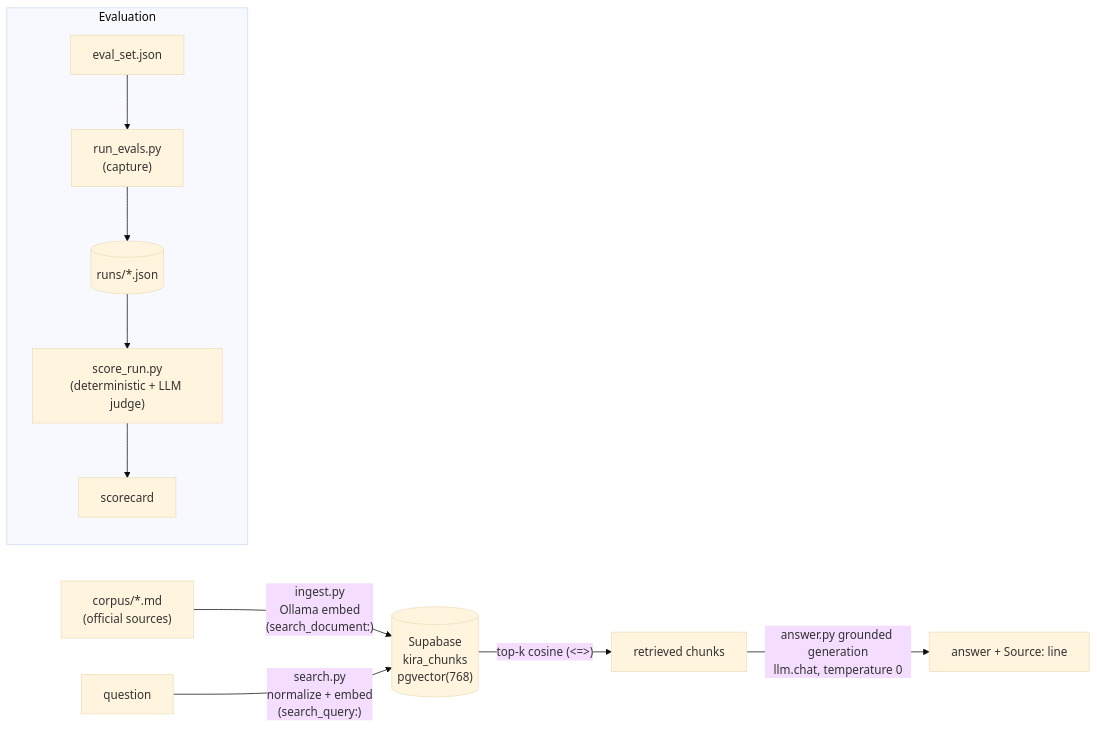
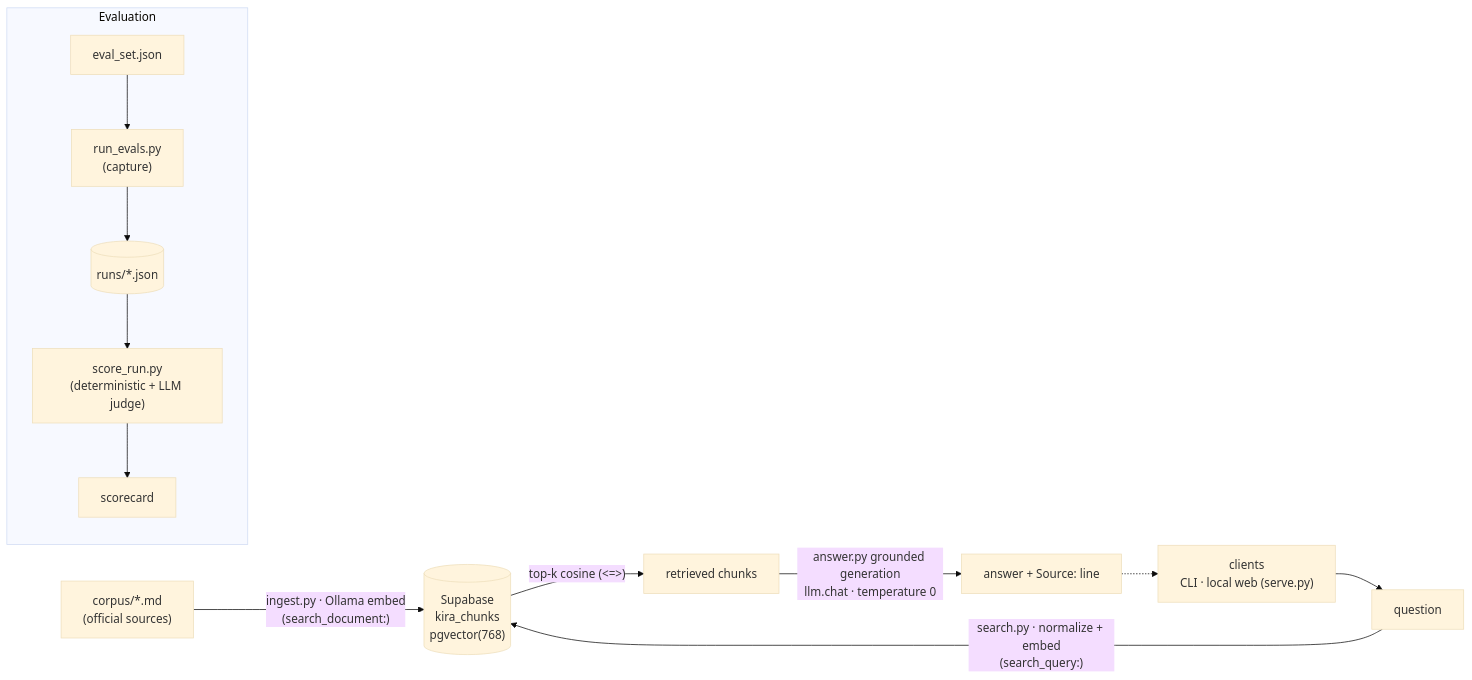
The diagram in README.md (azwandi/kira), drawn with Mermaid (base theme) before and after one commit.

Commit message:
README: show the web client as an entry point in the architecture diagram
Add a "clients (CLI · local web)" entry node feeding the question, and a dotted
return edge from the answer back to it, so the diagram reflects serve.py (added in
1dd4256) alongside the CLI. Diagram-only; no prose or behavior change.

Claude-Session: https://claude.ai/code/session_01Cyd9VQgBVfsiXcJc9Drros

````diff
--- a/README.md
+++ b/README.md
@@ -27,11 +27,13 @@
 ```mermaid
 flowchart LR
-  C["corpus/*.md<br/>(official sources)"] -->|"ingest.py<br/>Ollama embed<br/>(search_document:)"| DB[("Supabase<br/>kira_chunks<br/>pgvector(768)")]
-  Q["question"] -->|"search.py<br/>normalize + embed<br/>(search_query:)"| DB
+  C["corpus/*.md<br/>(official sources)"] -->|"ingest.py · Ollama embed<br/>(search_document:)"| DB[("Supabase<br/>kira_chunks<br/>pgvector(768)")]
+  UI["clients<br/>CLI · local web (serve.py)"] --> Q["question"]
+  Q -->|"search.py · normalize + embed<br/>(search_query:)"| DB
   DB -->|"top-k cosine (&lt;=&gt;)"| R["retrieved chunks"]
-  R -->|"answer.py grounded generation<br/>llm.chat, temperature 0"| A["answer + Source: line"]
+  R -->|"answer.py grounded generation<br/>llm.chat · temperature 0"| A["answer + Source: line"]
+  A -.-> UI
   subgraph Evaluation
     E["eval_set.json"] --> RUN["run_evals.py<br/>(capture)"] --> RUNS[("runs/*.json")]
     RUNS --> SC["score_run.py<br/>(deterministic + LLM judge)"] --> CARD["scorecard"]
   end
 ```
````
